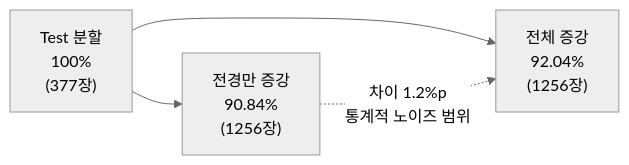
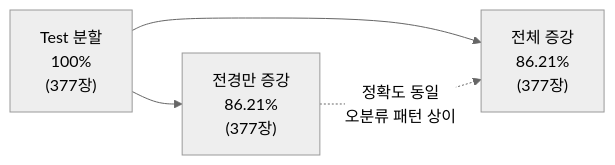
Diagram 16 of 17 in report/report_20260329_0900.md (rebirther00/parts_deep), drawn with Mermaid (neutral theme) before and after one commit. The commit also changed other lines of this file and 1 other file, not shown here.

````diff
--- a/report/report_20260329_0900.md
+++ b/report/report_20260329_0900.md
@@ -1286,7 +1291,7 @@
 ```mermaid
 graph LR
-    A["Test 분할<br/>100%<br/>(377장)"] --> B["전경만 증강<br/>90.84%<br/>(1256장)"]
-    A --> C["전체 증강<br/>92.04%<br/>(1256장)"]
+    A["Test 분할<br/>100%<br/>(377장)"] --> B["전경만 증강<br/>86.21%<br/>(377장)"]
+    A --> C["전체 증강<br/>86.21%<br/>(377장)"]
     
-    B -. "차이 1.2%p<br/>통계적 노이즈 범위" .-> C
+    B -. "정확도 동일<br/>오분류 패턴 상이" .-> C
 ```
````
